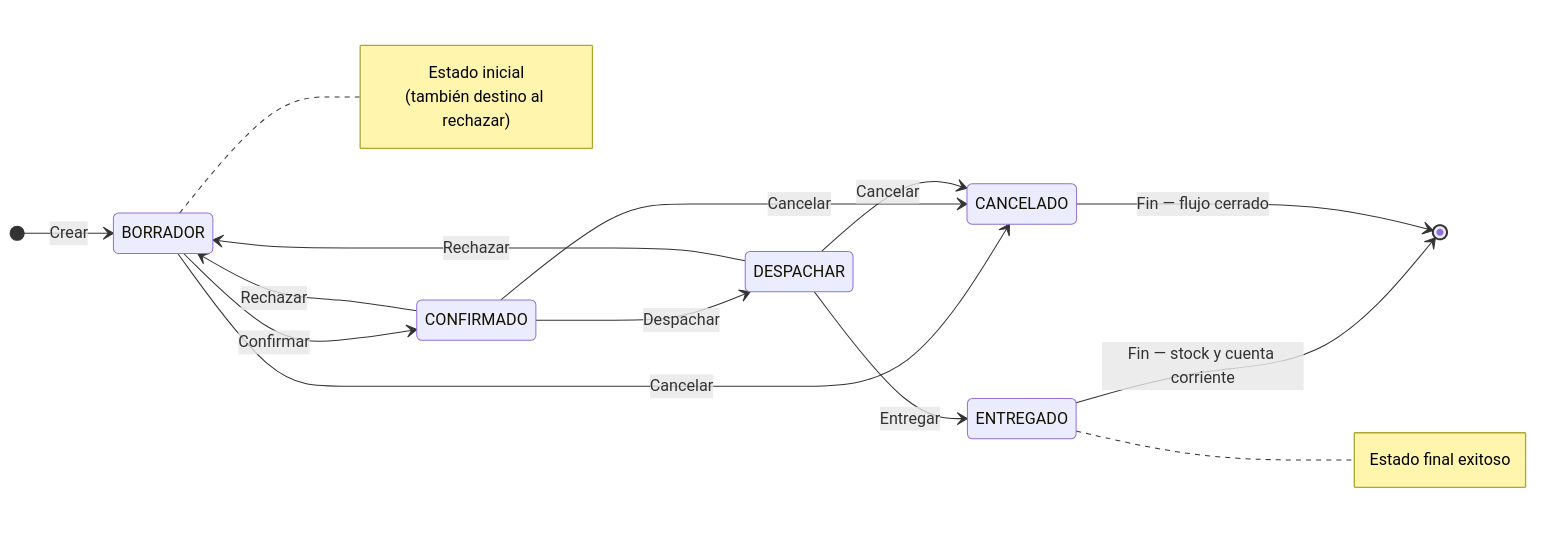
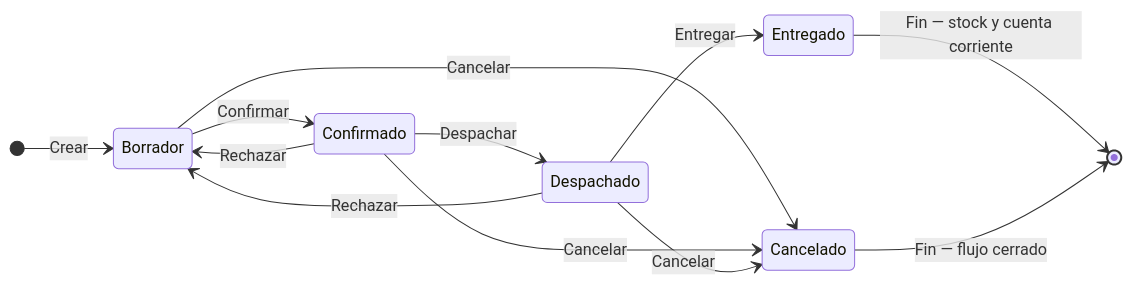
The diagram in docs/ventas/ventas.md (Zink-in-Tech/ZiT-ERP_DocsPublica_FE), drawn with Mermaid before and after one commit. The commit also changed other lines of this file and 18 other files, not shown here.

````diff
--- a/docs/ventas/ventas.md
+++ b/docs/ventas/ventas.md
@@ -156,22 +162,15 @@
 ```mermaid
 stateDiagram-v2
   direction LR
-  [*] --> BORRADOR: Crear
-  BORRADOR --> CONFIRMADO: Confirmar
-  CONFIRMADO --> DESPACHAR: Despachar
-  DESPACHAR --> ENTREGADO: Entregar
-  CONFIRMADO --> BORRADOR: Rechazar
-  DESPACHAR --> BORRADOR: Rechazar
-  ENTREGADO --> [*]: Fin — stock y cuenta corriente
-  BORRADOR --> CANCELADO: Cancelar
-  CONFIRMADO --> CANCELADO: Cancelar
-  DESPACHAR --> CANCELADO: Cancelar
-  CANCELADO --> [*]: Fin — flujo cerrado
-  note right of BORRADOR
-    Estado inicial
-    (también destino al rechazar)
-  end note
-  note right of ENTREGADO
-    Estado final exitoso
-  end note
+  [*] --> Borrador: Crear
+  Borrador --> Confirmado: Confirmar
+  Confirmado --> Despachado: Despachar
+  Despachado --> Entregado: Entregar
+  Confirmado --> Borrador: Rechazar
+  Despachado --> Borrador: Rechazar
+  Entregado --> [*]: Fin — stock y cuenta corriente
+  Borrador --> Cancelado: Cancelar
+  Confirmado --> Cancelado: Cancelar
+  Despachado --> Cancelado: Cancelar
+  Cancelado --> [*]: Fin — flujo cerrado
 ```
````
